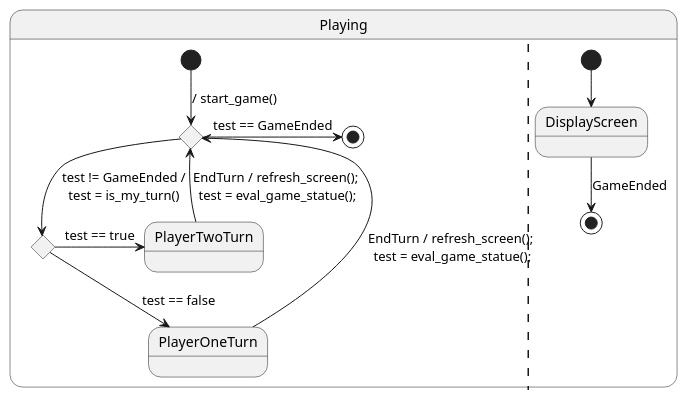
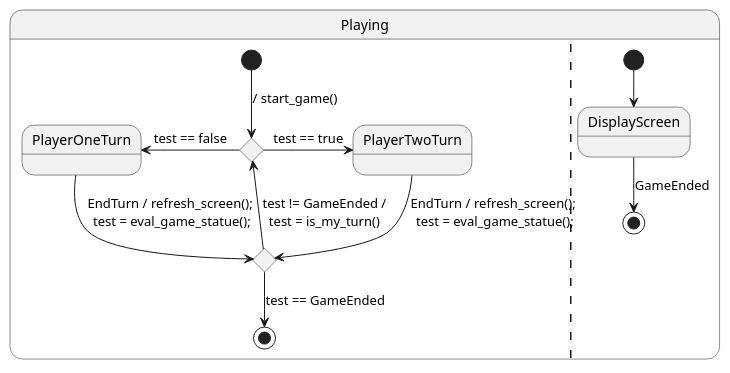
Before and after one commit to Brinfer/Tic-Tac-Toe: the diagram in state_machine.iuml, drawn with PlantUML. The commit also changed 6 other files, not shown here.

```diff
--- a/state_machine.iuml
+++ b/state_machine.iuml
@@ -1,35 +1,35 @@
 @startuml StateMachine
 
 ' state "SelectRole" as select_role
 ' state "WaitingForConnectionHost" as waiting_for_fonnection_host
 ' state "WaitingForConnectionGuest" as waiting_for_connection_guest
 ' state fusionStart <<choice>>
 
 state "Playing" as connected {
     state "ChoiceForGameStatus" as choice_for_game_status <<choice>>
     state "ChoiceForPlayer" as choice_for_player <<choice>>
     state "PlayerTwoTurn" as playing
     state "PlayerOneTurn" as wainting_for_opponent
 
-    [*] -down-> choice_for_game_status : / start_game()
+    [*] -down-> choice_for_player : / start_game()
 
-    choice_for_game_status -right-> [*] : test == GameEnded
-    choice_for_game_status -down-> choice_for_player : test != GameEnded /\ntest = is_my_turn()
+    choice_for_game_status -down-> [*] : test == GameEnded
+    choice_for_game_status -up-> choice_for_player : test != GameEnded /\ntest = is_my_turn()
 
     choice_for_player -right-> playing : test == true
-    choice_for_player -down-> wainting_for_opponent : test == false
+    choice_for_player -left-> wainting_for_opponent : test == false
 
-    playing -up-> choice_for_game_status : EndTurn / refresh_screen();\n test = eval_game_statue();
+    playing --> choice_for_game_status : EndTurn / refresh_screen();\n test = eval_game_statue();
 
-    wainting_for_opponent -up-> choice_for_game_status : EndTurn / refresh_screen();\n test = eval_game_statue();
+    wainting_for_opponent --> choice_for_game_status : EndTurn / refresh_screen();\n test = eval_game_statue();
 
     ||
 
     state "DisplayScreen" as display
 
     [*] --> display
 
     ' display --> display : NextTurn / refresh_screen()
     display --> [*] : GameEnded
 }
 @enduml
```
